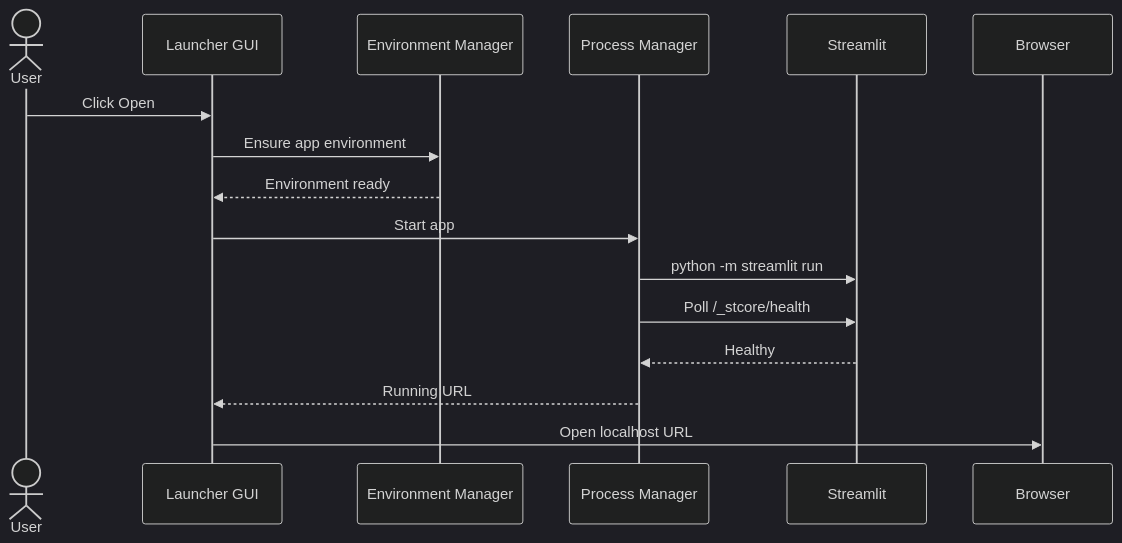
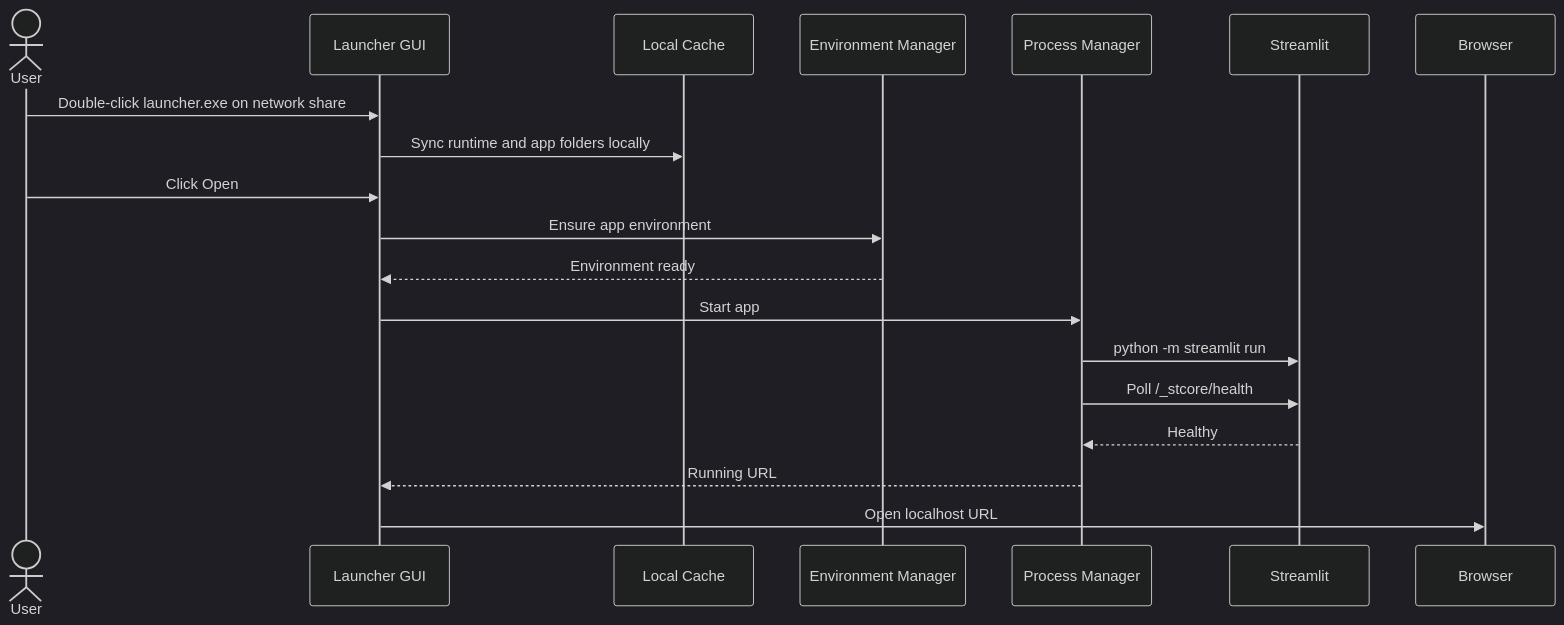
The third of 6 diagrams in docs/architecture.md (vinayvaida27/Unified-Streamlit-Launcher), drawn with Mermaid (dark theme) before and after one commit. The commit also changed other lines of this file and 7 other files, not shown here.

Commit message:
Support multi-user network drive runtime caching

````diff
--- a/docs/architecture.md
+++ b/docs/architecture.md
@@ -15,18 +41,21 @@
 ```mermaid
 sequenceDiagram
     actor User
     participant GUI as Launcher GUI
+    participant Cache as Local Cache
     participant EM as Environment Manager
     participant PM as Process Manager
     participant ST as Streamlit
     participant Browser
+    User->>GUI: Double-click launcher.exe on network share
+    GUI->>Cache: Sync runtime and app folders locally
     User->>GUI: Click Open
     GUI->>EM: Ensure app environment
     EM-->>GUI: Environment ready
     GUI->>PM: Start app
     PM->>ST: python -m streamlit run
     PM->>ST: Poll /_stcore/health
     ST-->>PM: Healthy
     PM-->>GUI: Running URL
     GUI->>Browser: Open localhost URL
 ```
````
